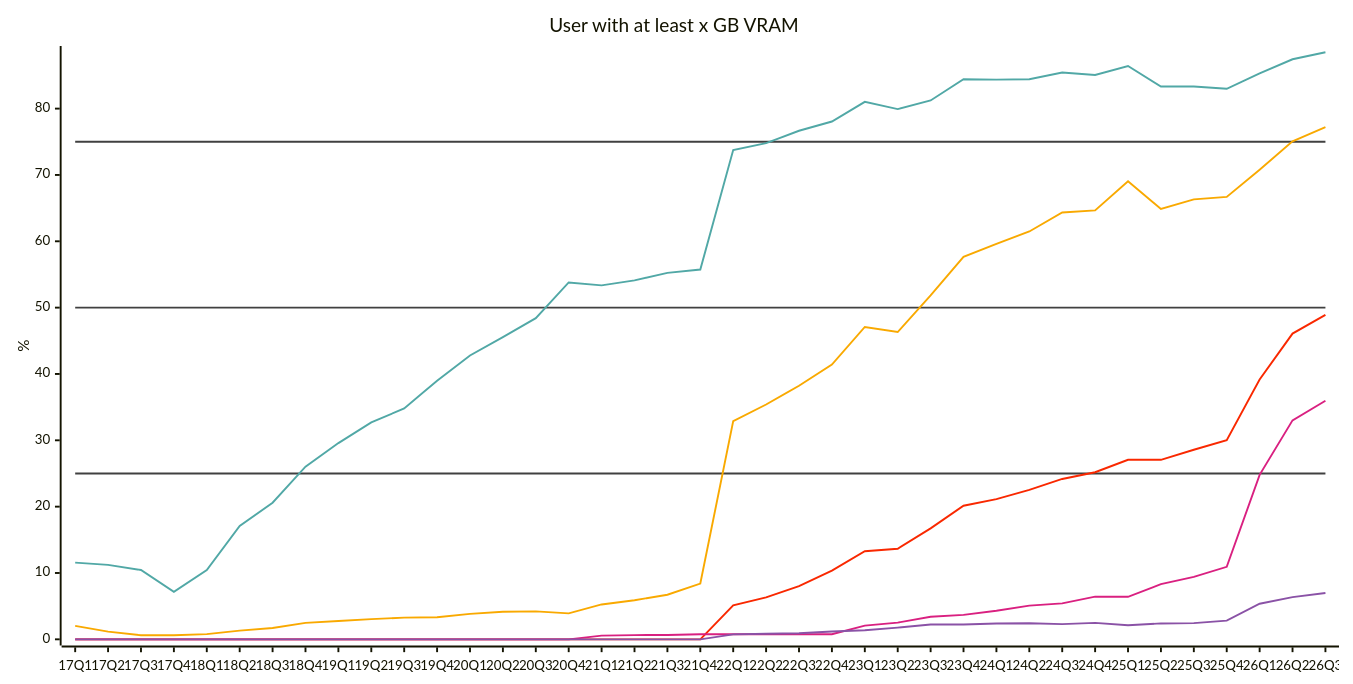
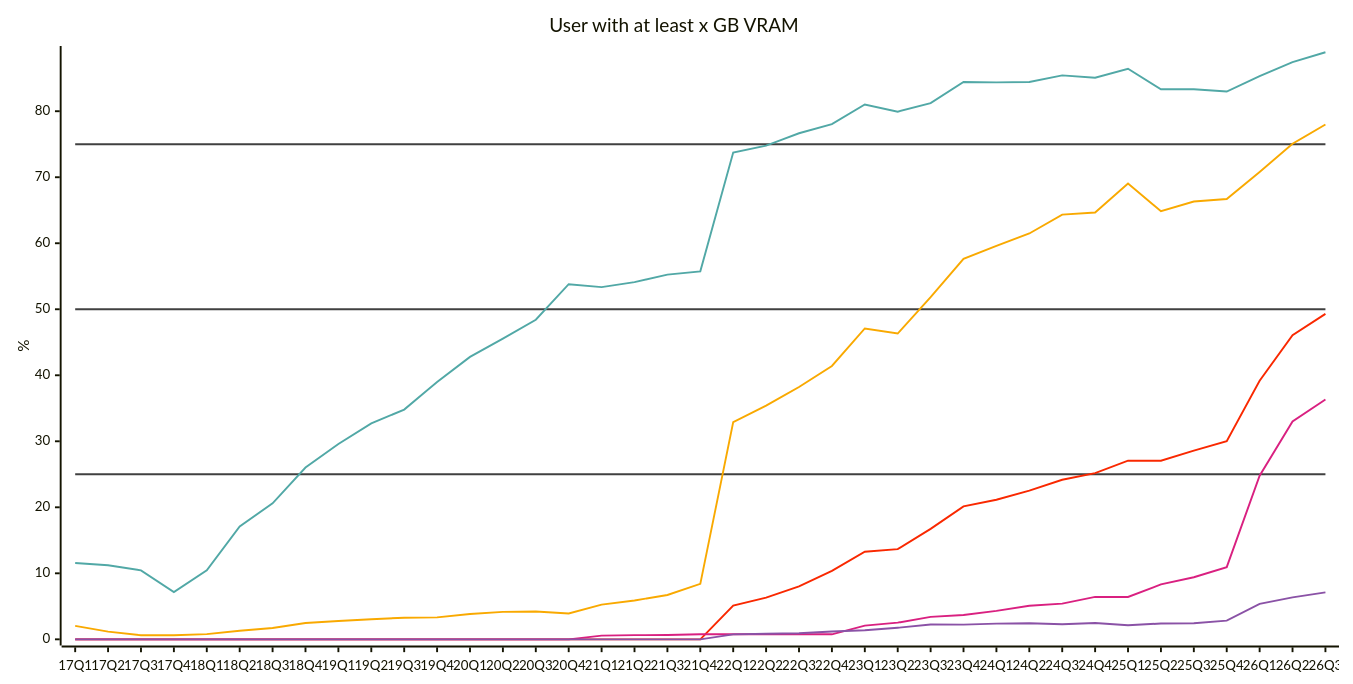
Diagram 12 of 31 in README.md (jdegene/steamHWsurvey), drawn with Mermaid before and after one commit. The commit also changed other lines of this file and 2 other files, not shown here.

````diff
--- a/README.md
+++ b/README.md
@@ -410,26 +410,26 @@
 ```mermaid
 ---
 config:
     xyChart:
         width: 1400
         height: 700
         
     themeVariables:
         xyChart:
             plotColorPalette: "#404040,#404040,#404040,#51a8a6,#f9a900,#f92800,#d92080,#8a52a6"
 
 --- 
 
 xychart-beta
     title "User with at least x GB VRAM"
     x-axis [17Q1, 17Q2, 17Q3, 17Q4, 18Q1, 18Q2, 18Q3, 18Q4, 19Q1, 19Q2, 19Q3, 19Q4, 20Q1, 20Q2, 20Q3, 20Q4, 21Q1, 21Q2, 21Q3, 21Q4, 22Q1, 22Q2, 22Q3, 22Q4, 23Q1, 23Q2, 23Q3, 23Q4, 24Q1, 24Q2, 24Q3, 24Q4, 25Q1, 25Q2, 25Q3, 25Q4, 26Q1, 26Q2, 26Q3]
     y-axis "%" 
  line [25, 25, 25, 25, 25, 25, 25, 25, 25, 25, 25, 25, 25, 25, 25, 25, 25, 25, 25, 25, 25, 25, 25, 25, 25, 25, 25, 25, 25, 25, 25, 25, 25, 25, 25, 25, 25, 25, 25]
  line [50, 50, 50, 50, 50, 50, 50, 50, 50, 50, 50, 50, 50, 50, 50, 50, 50, 50, 50, 50, 50, 50, 50, 50, 50, 50, 50, 50, 50, 50, 50, 50, 50, 50, 50, 50, 50, 50, 50]
  line [75, 75, 75, 75, 75, 75, 75, 75, 75, 75, 75, 75, 75, 75, 75, 75, 75, 75, 75, 75, 75, 75, 75, 75, 75, 75, 75, 75, 75, 75, 75, 75, 75, 75, 75, 75, 75, 75, 75]
-    line [11.559999999999999, 11.223333333333334, 10.45, 7.1466666666666665, 10.453333333333333, 17.083333333333332, 20.599999999999998, 26.023333333333333, 29.580000000000002, 32.70333333333333, 34.803333333333335, 38.989999999999995, 42.78333333333333, 45.556666666666665, 48.413333333333334, 53.79666666666667, 53.35333333333333, 54.11, 55.246666666666655, 55.74, 73.74333333333333, 74.78666666666668, 76.66, 78.05666666666667, 81.02333333333333, 79.93333333333334, 81.23, 84.42333333333335, 84.37666666666667, 84.42999999999999, 85.43333333333332, 85.07000000000001, 86.42666666666666, 83.33, 83.33333333333334, 82.98666666666666, 85.32166666666666, 87.44, 88.49999999999997]
-    line [2.0366666666666666, 1.16, 0.61, 0.61, 0.79, 1.3033333333333335, 1.71, 2.48, 2.77, 3.046666666666667, 3.2766666666666664, 3.3266666666666667, 3.836666666666667, 4.16, 4.206666666666667, 3.9099999999999997, 5.256666666666667, 5.89, 6.72, 8.406666666666666, 32.903333333333336, 35.39666666666667, 38.22666666666667, 41.41, 47.08666666666666, 46.32000000000001, 51.83, 57.64999999999999, 59.596666666666664, 61.483333333333334, 64.34333333333333, 64.66333333333333, 69.03333333333333, 64.86666666666667, 66.31666666666666, 66.69666666666666, 70.79666666666665, 75.06666666666666, 77.20999999999998]
-    line [0, 0, 0, 0, 0, 0, 0, 0, 0, 0, 0, 0, 0, 0, 0, 0, 0, 0, 0, 0, 5.11, 6.3133333333333335, 8.006666666666668, 10.366666666666667, 13.273333333333333, 13.66, 16.726666666666667, 20.14, 21.14, 22.516666666666666, 24.173333333333336, 25.183333333333337, 27.063333333333333, 27.060000000000002, 28.573333333333334, 30.020000000000003, 39.17666666666664, 46.08666666666666, 48.89999999999999]
-    line [0, 0, 0, 0, 0, 0, 0, 0, 0, 0, 0, 0, 0, 0, 0, 0, 0.5549999999999999, 0.6333333333333333, 0.6599999999999999, 0.76, 0.76, 0.76, 0.76, 0.76, 2.07, 2.5233333333333334, 3.4066666666666667, 3.6799999999999997, 4.3133333333333335, 5.079999999999999, 5.413333333333333, 6.43, 6.41, 8.316666666666666, 9.403333333333334, 10.93, 24.791666666666647, 33.01, 35.96499999999999]
-    line [0, 0, 0, 0, 0, 0, 0, 0, 0, 0, 0, 0, 0, 0, 0, 0, 0, 0, 0, 0, 0.75, 0.8500000000000001, 0.9266666666666666, 1.1833333333333333, 1.3733333333333333, 1.76, 2.243333333333333, 2.2333333333333334, 2.3833333333333333, 2.4266666666666667, 2.29, 2.476666666666667, 2.13, 2.396666666666667, 2.4366666666666665, 2.8266666666666667, 5.369999999999997, 6.356666666666663, 6.974999999999995]
+    line [11.559999999999999, 11.223333333333334, 10.45, 7.1466666666666665, 10.453333333333333, 17.083333333333332, 20.599999999999998, 26.023333333333333, 29.580000000000002, 32.70333333333333, 34.803333333333335, 38.989999999999995, 42.78333333333333, 45.556666666666665, 48.413333333333334, 53.79666666666667, 53.35333333333333, 54.11, 55.246666666666655, 55.74, 73.74333333333333, 74.78666666666668, 76.66, 78.05666666666667, 81.02333333333333, 79.93333333333334, 81.23, 84.42333333333335, 84.37666666666667, 84.42999999999999, 85.43333333333334, 85.07000000000001, 86.42666666666666, 83.33, 83.33333333333334, 82.98666666666666, 85.32166666666666, 87.44, 88.93666666666665]
+    line [2.0366666666666666, 1.16, 0.61, 0.61, 0.79, 1.3033333333333335, 1.71, 2.48, 2.77, 3.046666666666667, 3.2766666666666664, 3.3266666666666667, 3.836666666666667, 4.16, 4.206666666666667, 3.9099999999999997, 5.256666666666667, 5.89, 6.72, 8.406666666666666, 32.903333333333336, 35.39666666666667, 38.22666666666667, 41.41, 47.08666666666666, 46.32000000000001, 51.83, 57.64999999999999, 59.596666666666664, 61.483333333333334, 64.34333333333333, 64.66333333333333, 69.03333333333333, 64.86666666666667, 66.31666666666666, 66.69666666666666, 70.79666666666665, 75.06666666666666, 77.99333333333331]
+    line [0, 0, 0, 0, 0, 0, 0, 0, 0, 0, 0, 0, 0, 0, 0, 0, 0, 0, 0, 0, 5.11, 6.3133333333333335, 8.006666666666668, 10.366666666666667, 13.273333333333333, 13.66, 16.726666666666667, 20.14, 21.14, 22.516666666666666, 24.173333333333336, 25.183333333333337, 27.063333333333333, 27.060000000000002, 28.573333333333334, 30.020000000000003, 39.17666666666664, 46.08666666666666, 49.30333333333333]
+    line [0, 0, 0, 0, 0, 0, 0, 0, 0, 0, 0, 0, 0, 0, 0, 0, 0.5549999999999999, 0.6333333333333333, 0.6599999999999999, 0.76, 0.76, 0.76, 0.76, 0.76, 2.07, 2.5233333333333334, 3.4066666666666667, 3.6799999999999997, 4.3133333333333335, 5.079999999999999, 5.413333333333333, 6.43, 6.41, 8.316666666666666, 9.403333333333334, 10.93, 24.791666666666647, 33.01, 36.32666666666666]
+    line [0, 0, 0, 0, 0, 0, 0, 0, 0, 0, 0, 0, 0, 0, 0, 0, 0, 0, 0, 0, 0.75, 0.8500000000000001, 0.9266666666666666, 1.1833333333333333, 1.3733333333333333, 1.76, 2.243333333333333, 2.2333333333333334, 2.3833333333333333, 2.4266666666666667, 2.29, 2.476666666666667, 2.13, 2.396666666666667, 2.4366666666666665, 2.8266666666666667, 5.369999999999997, 6.356666666666663, 7.119999999999997]
 ``` 
````
